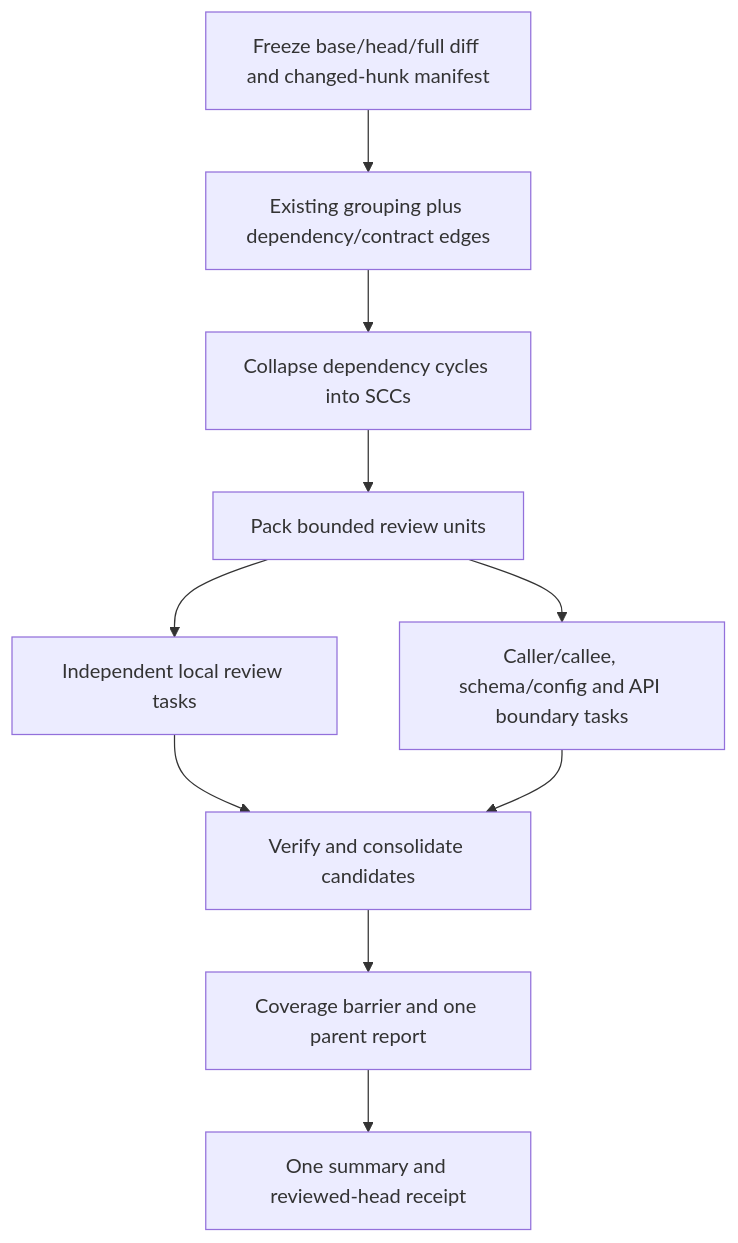
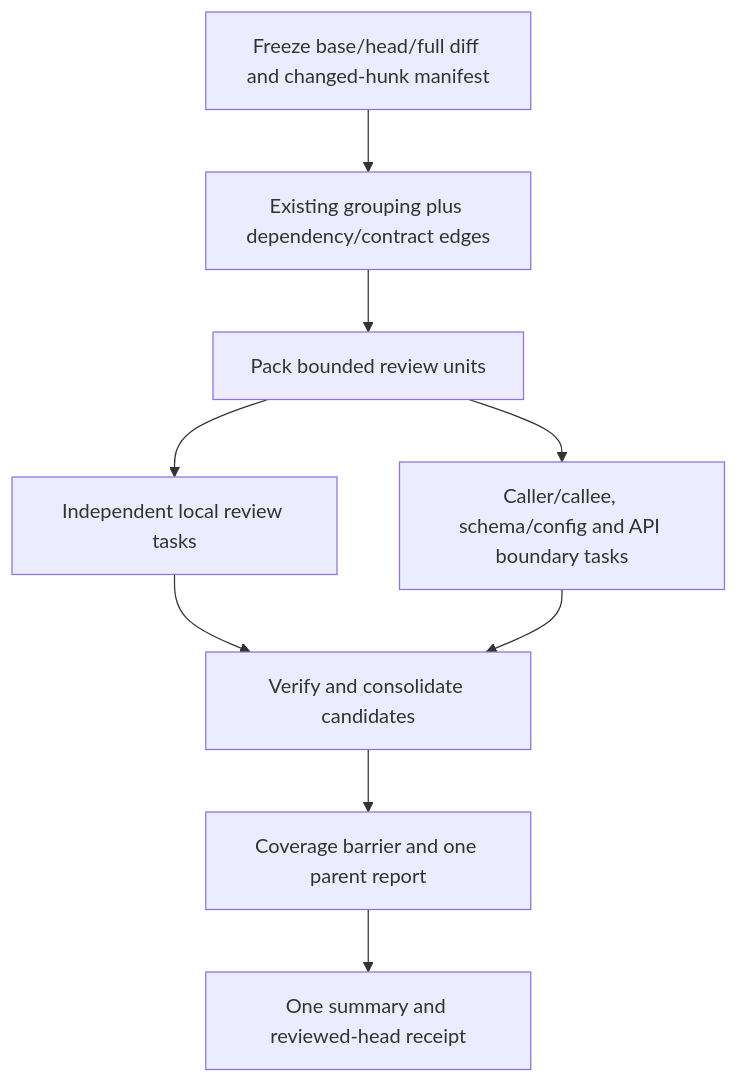
Before and after one commit to 0x7067/unreal-review: the first of 2 diagrams in docs/research/martian-improvements.md, drawn with Mermaid. The commit also changed other lines of this file and 5 other files, not shown here.

````diff
--- a/docs/research/martian-improvements.md
+++ b/docs/research/martian-improvements.md
@@ -132,12 +132,11 @@
 ```mermaid
 flowchart TD
     Source[Freeze base/head/full diff and changed-hunk manifest] --> Graph[Existing grouping plus dependency/contract edges]
-    Graph --> SCC[Collapse dependency cycles into SCCs]
-    SCC --> Units[Pack bounded review units]
+    Graph --> Units[Pack bounded review units]
     Units --> Local[Independent local review tasks]
     Units --> Boundary[Caller/callee, schema/config and API boundary tasks]
     Local --> Verify[Verify and consolidate candidates]
     Boundary --> Verify
     Verify --> Complete[Coverage barrier and one parent report]
     Complete --> Publish[One summary and reviewed-head receipt]
 ```
````
